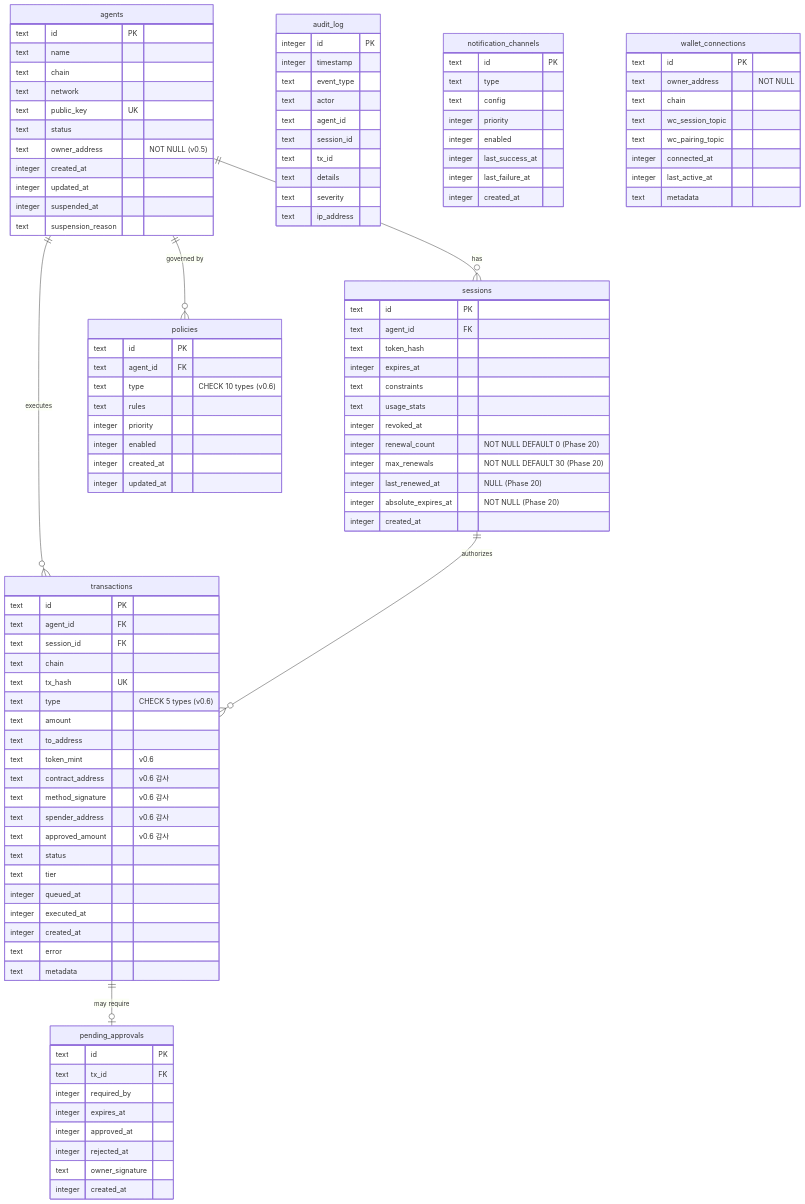
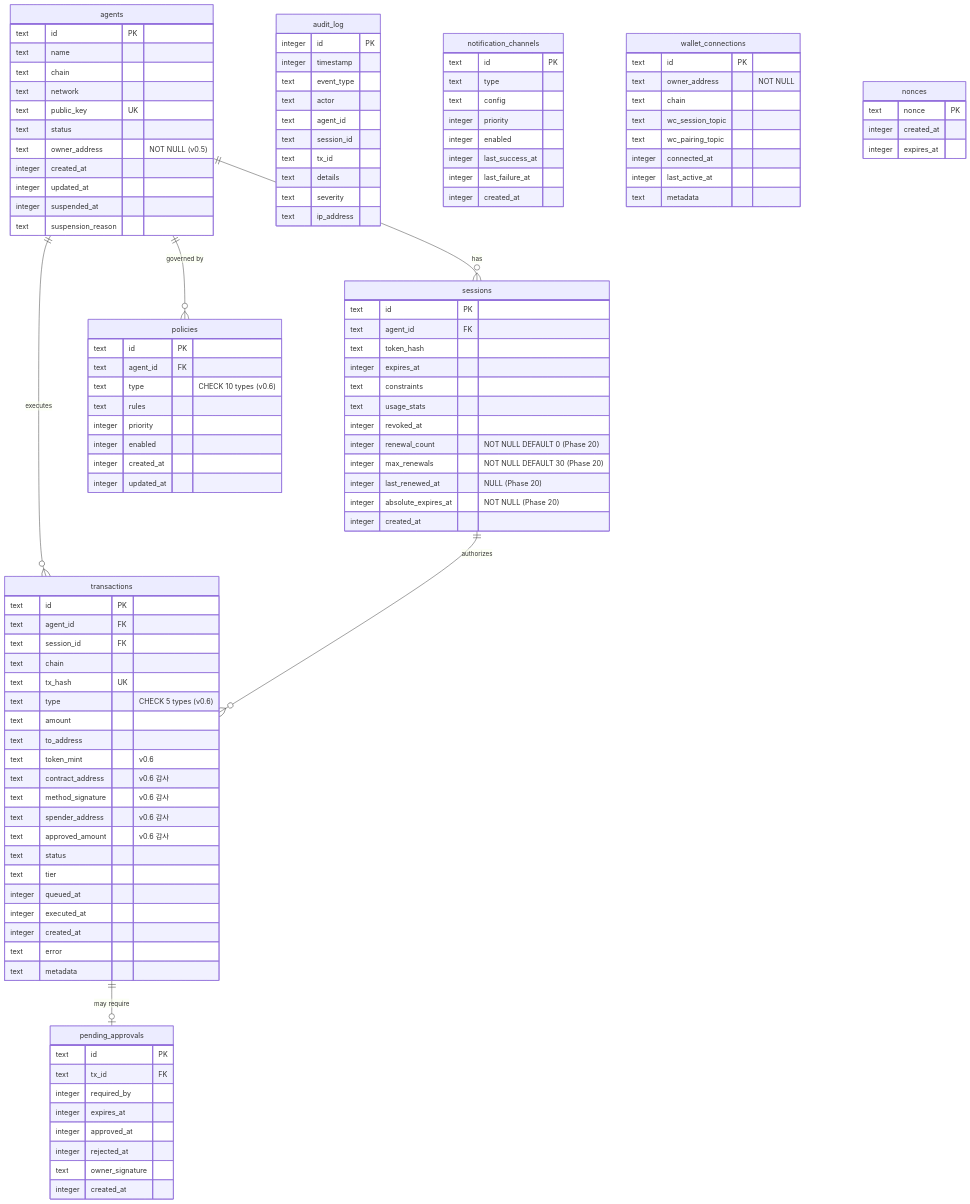
One commit to minhoyoo-iotrust/WAIaaS changed the diagram in .planning/deliverables/25-sqlite-schema.md. Above: the diagram before and after it, drawn with Mermaid. The commit also changed other lines of this file and 17 other files, not shown here.

```diff
--- a/.planning/deliverables/25-sqlite-schema.md
+++ b/.planning/deliverables/25-sqlite-schema.md
@@ -978,6 +1056,12 @@
         text metadata
     }
 
+    nonces {
+        text nonce PK
+        integer created_at
+        integer expires_at
+    }
+
     agents ||--o{ sessions : "has"
     agents ||--o{ transactions : "executes"
     agents ||--o{ policies : "governed by"
```
